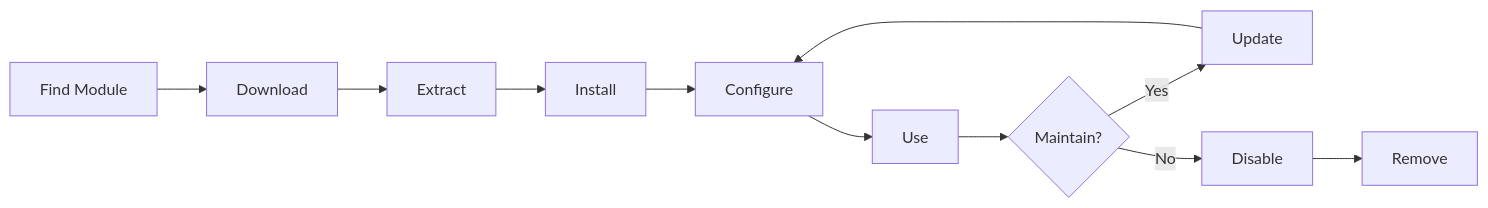
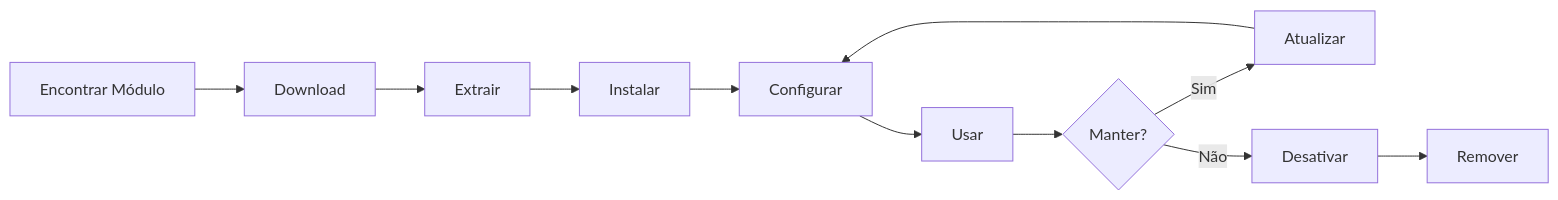
One commit to mambax7/xoops-docs changed the diagram in apps/docs-27/src/content/docs/pt/getting-started/installing-modules.md. Above: the diagram before and after it, drawn with Mermaid. The commit also changed other lines of this file and 162 other files, not shown here.

````diff
--- a/apps/docs-27/src/content/docs/pt/getting-started/installing-modules.md
+++ b/apps/docs-27/src/content/docs/pt/getting-started/installing-modules.md
@@ -38,13 +38,13 @@
 ```mermaid
 graph LR
-    A[Find Module] --> B[Download]
-    B --> C[Extract]
-    C --> D[Install]
-    D --> E[Configure]
-    E --> F[Use]
-    F --> G{Maintain?}
-    G -->|Yes| H[Update]
-    G -->|No| I[Disable]
-    I --> J[Remove]
+    A[Encontrar Módulo] --> B[Download]
+    B --> C[Extrair]
+    C --> D[Instalar]
+    D --> E[Configurar]
+    E --> F[Usar]
+    F --> G{Manter?}
+    G -->|Sim| H[Atualizar]
+    G -->|Não| I[Desativar]
+    I --> J[Remover]
     H --> E
 ```
````
